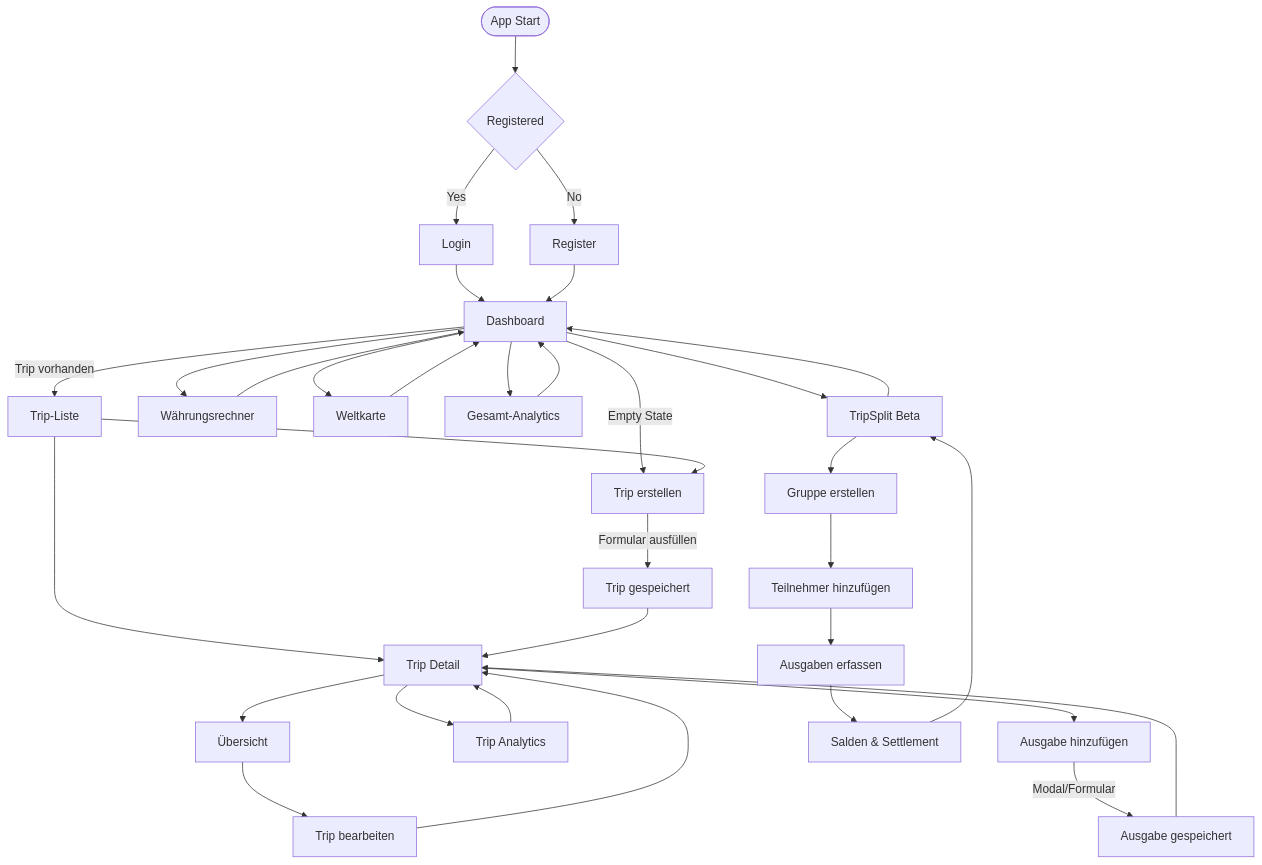
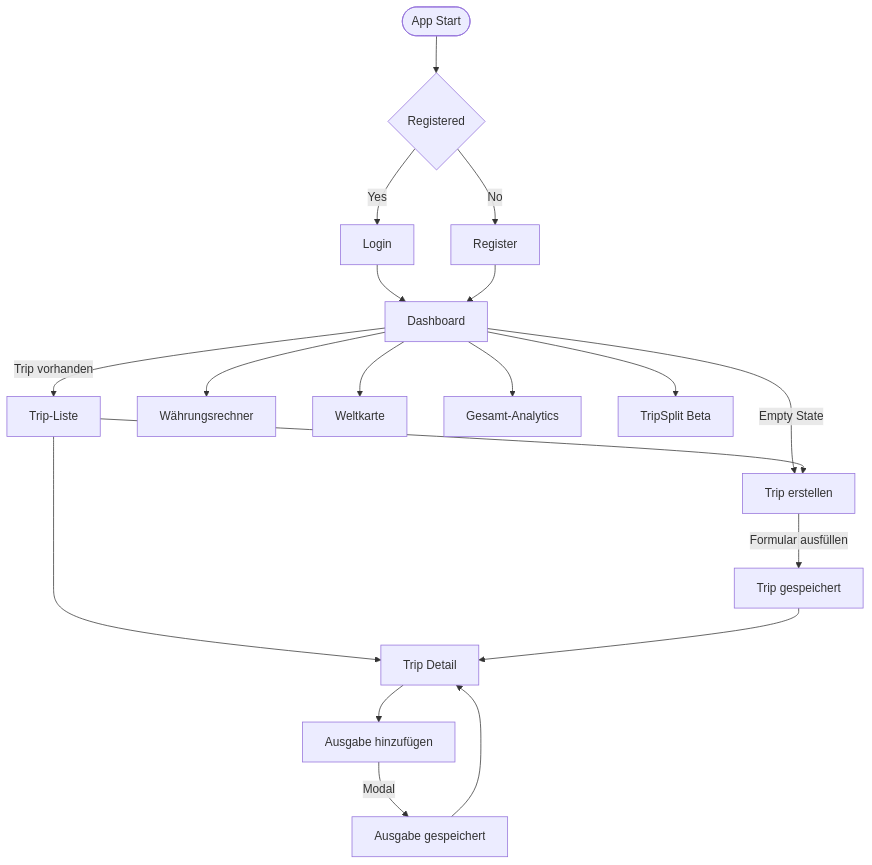
One commit to Scampoloni/tripwise_v1 changed the diagram in README.md. Above: the diagram before and after it, drawn with Mermaid. The commit also changed other lines of this file, not shown here.

````diff
--- a/README.md
+++ b/README.md
@@ -117,44 +119,26 @@
 ```mermaid
 flowchart TD
     Start([App Start]) --> Auth{Registered}
     Auth -->|Yes| Login[Login]
     Login --> Dashboard
     Auth -->|No| Register[Register]
-   Register --> Dashboard
+    Register --> Dashboard
     
     Dashboard -->|Empty State| NewTrip[Trip erstellen]
     Dashboard -->|Trip vorhanden| TripList[Trip-Liste]
     
     TripList --> TripDetail[Trip Detail]
     Dashboard --> Converter[Währungsrechner]
     Dashboard --> Globe[Weltkarte]
     Dashboard --> Analytics[Gesamt-Analytics]
     Dashboard --> TripSplit[TripSplit Beta]
     
     NewTrip -->|Formular ausfüllen| TripSaved[Trip gespeichert]
     TripSaved --> TripDetail
     
-    TripDetail --> Overview[Übersicht]
-    TripDetail --> TripAnalytics[Trip Analytics]
     TripDetail --> AddExpense[Ausgabe hinzufügen]
-    
-    AddExpense -->|Modal/Formular| ExpenseSaved[Ausgabe gespeichert]
+    AddExpense -->|Modal| ExpenseSaved[Ausgabe gespeichert]
     ExpenseSaved --> TripDetail
     
-    Overview --> EditTrip[Trip bearbeiten]
-    EditTrip --> TripDetail
-    
     TripList --> NewTrip
-    
-    TripSplit --> CreateGroup[Gruppe erstellen]
-    CreateGroup --> AddParticipants[Teilnehmer hinzufügen]
-    AddParticipants --> AddGroupExpenses[Ausgaben erfassen]
-    AddGroupExpenses --> ViewBalances[Salden & Settlement]
-    ViewBalances --> TripSplit
-    
-    Converter --> Dashboard
-    Globe --> Dashboard
-    Analytics --> Dashboard
-    TripAnalytics --> TripDetail
-    TripSplit --> Dashboard
 ```
````
